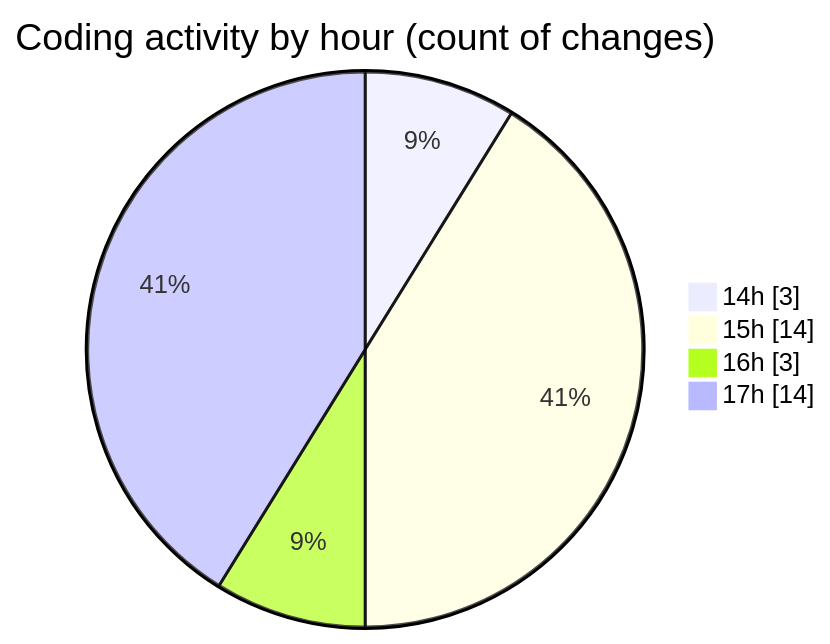
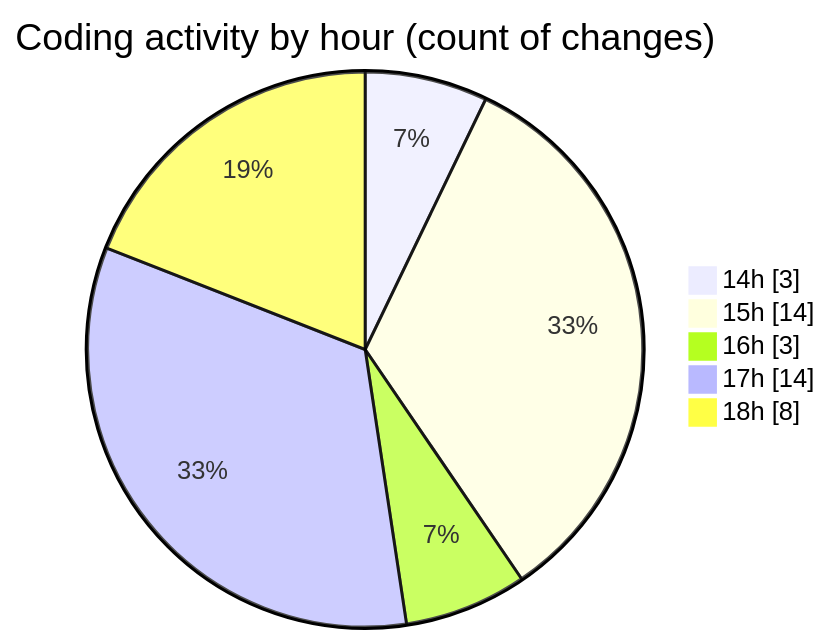
The second of 2 diagrams in 2025-09-02/nxtqube_webapp/README.md (nxtqubesakshisongat/code-tracking), drawn with Mermaid before and after one commit. The commit also changed other lines of this file and 1 other file, not shown here.

````diff
--- a/2025-09-02/nxtqube_webapp/README.md
+++ b/2025-09-02/nxtqube_webapp/README.md
@@ -28,8 +28,9 @@
 ```mermaid
 pie showData
 title Coding activity by hour (count of changes)
 "14h" : 3
 "15h" : 14
 "16h" : 3
 "17h" : 14
+"18h" : 8
 ```
````
